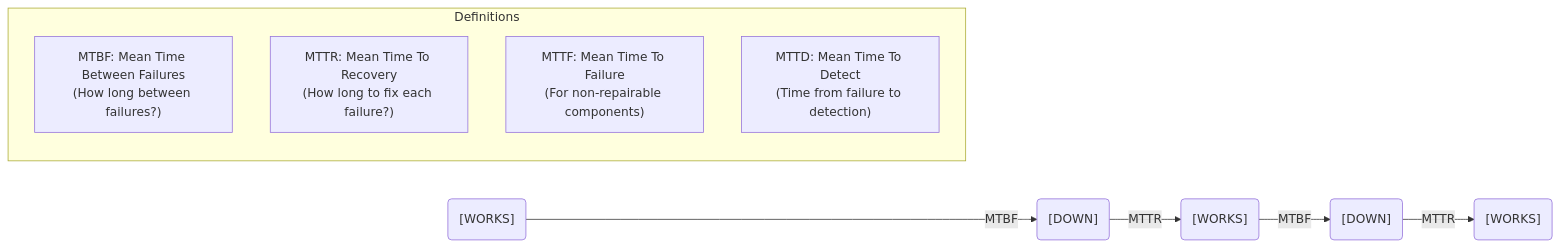
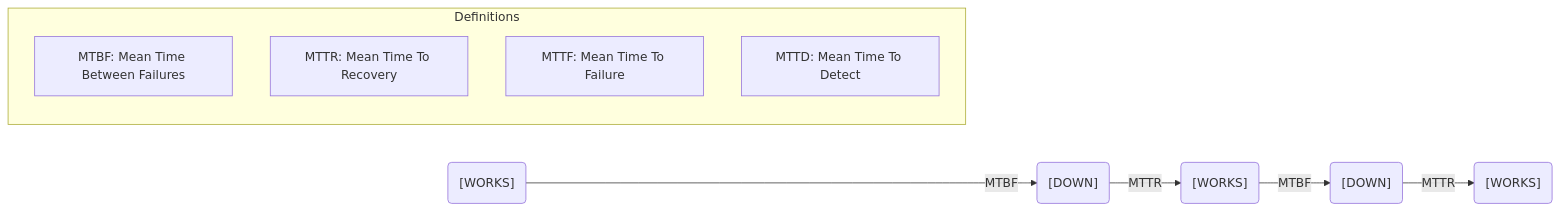
Before and after one commit to kube-dojo/kube-dojo: the sixth of 9 diagrams in src/content/docs/platform/foundations/reliability-engineering/module-2.1-what-is-reliability.md, drawn with Mermaid. The commit also changed other lines of this file and 4 other files, not shown here.

````diff
--- a/src/content/docs/platform/foundations/reliability-engineering/module-2.1-what-is-reliability.md
+++ b/src/content/docs/platform/foundations/reliability-engineering/module-2.1-what-is-reliability.md
@@ -424,15 +239,15 @@
 ```mermaid
 flowchart LR
     W1("[WORKS]") -- "MTBF" --> D1("[DOWN]")
     D1 -- "MTTR" --> W2("[WORKS]")
     W2 -- "MTBF" --> D2("[DOWN]")
     D2 -- "MTTR" --> W3("[WORKS]")
     
     subgraph Definitions
         direction TB
-        M1["MTBF: Mean Time Between Failures<br/>(How long between failures?)"]
-        M2["MTTR: Mean Time To Recovery<br/>(How long to fix each failure?)"]
-        M3["MTTF: Mean Time To Failure<br/>(For non-repairable components)"]
-        M4["MTTD: Mean Time To Detect<br/>(Time from failure to detection)"]
+        M1["MTBF: Mean Time Between Failures"]
+        M2["MTTR: Mean Time To Recovery"]
+        M3["MTTF: Mean Time To Failure"]
+        M4["MTTD: Mean Time To Detect"]
     end
 ```
````
